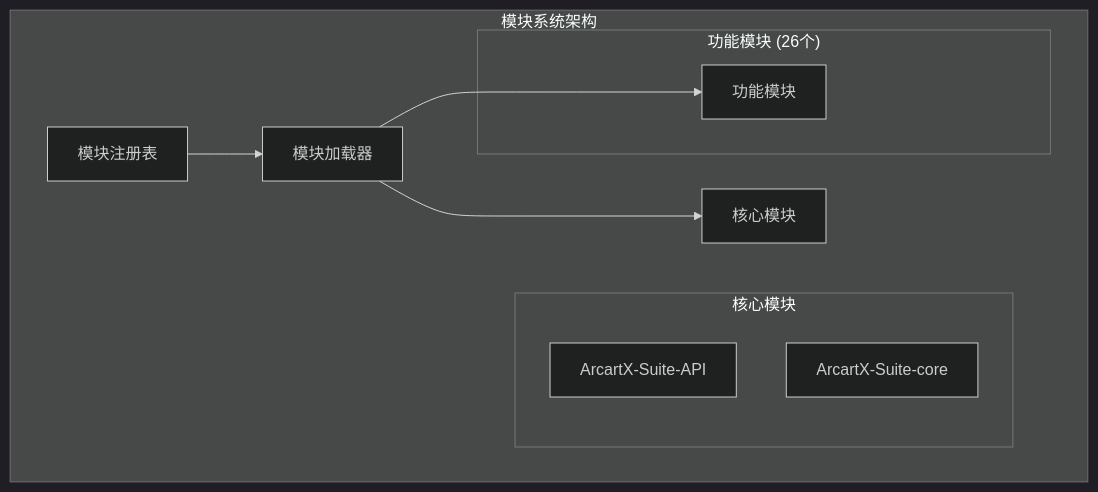
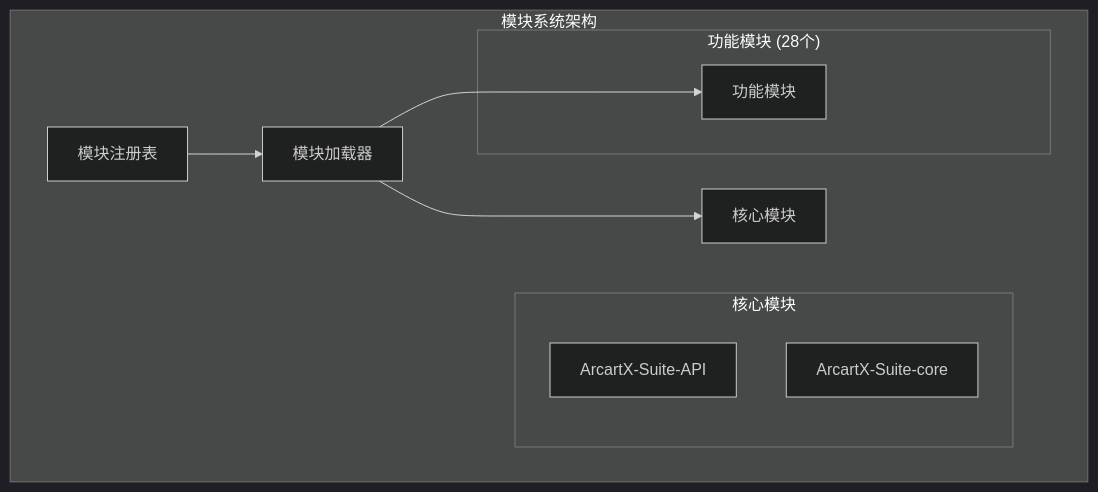
One commit to ArcartX-Suite/ArcartXSuite-Wiki changed the second of 3 diagrams in docs/architecture/system-architecture.md. Above: the diagram before and after it, drawn with Mermaid (dark theme). The commit also changed other lines of this file and 6 other files, not shown here.

````diff
--- a/docs/architecture/system-architecture.md
+++ b/docs/architecture/system-architecture.md
@@ -104,22 +104,22 @@
 ```mermaid
 graph TB
     subgraph "模块系统架构"
         Registry[模块注册表]
         Loader[模块加载器]
         Core[核心模块]
         Modules[功能模块]
         
         Registry --> Loader
         Loader --> Core
         Loader --> Modules
         
         subgraph "核心模块"
             API[ArcartX-Suite-API]
             CoreJar[ArcartX-Suite-core]
         end
         
-        subgraph "功能模块 (26个)"
+        subgraph "功能模块 (28个)"
             Modules[功能模块]
         end
     end
 ```
````
